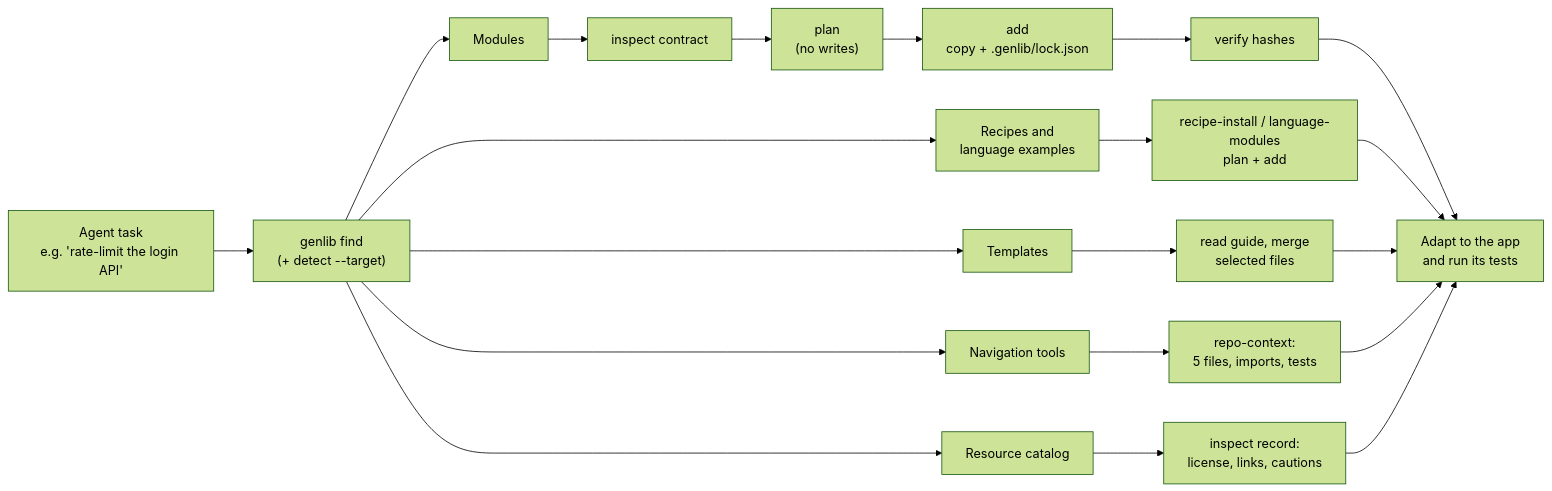
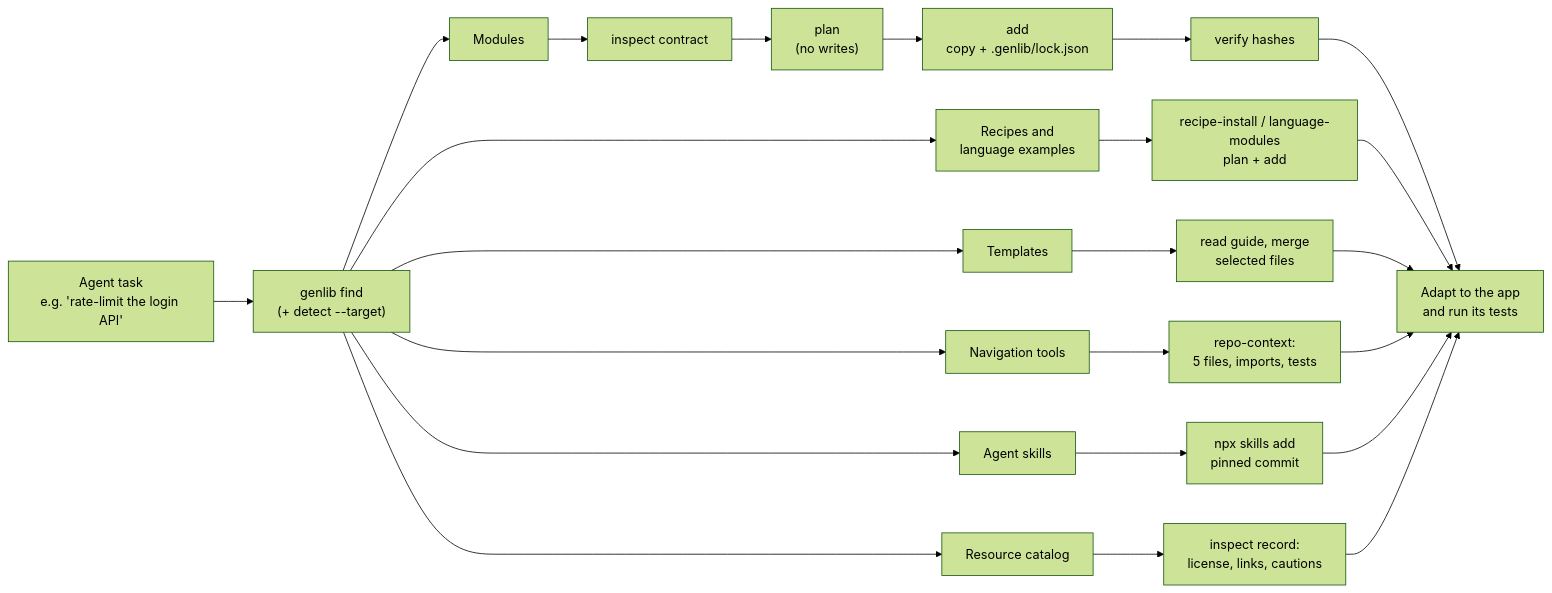
One commit to athompson83/genlib changed the diagram in README.md. Above: the diagram before and after it, drawn with Mermaid (forest theme). The commit also changed other lines of this file and 12 other files, not shown here.

First line of the commit message:
Index 500 agent skills with one-step, commit-pinned installs

````diff
--- a/README.md
+++ b/README.md
@@ -44,14 +46,16 @@
 ```mermaid
 flowchart LR
   Task["Agent task<br/>e.g. 'rate-limit the login API'"] --> Find["genlib find<br/>(+ detect --target)"]
   Find --> M["Modules"]
   Find --> R["Recipes and<br/>language examples"]
   Find --> T["Templates"]
   Find --> N["Navigation tools"]
+  Find --> S["Agent skills"]
   Find --> X["Resource catalog"]
   M --> Inspect["inspect contract"] --> Plan["plan<br/>(no writes)"] --> Add["add<br/>copy + .genlib/lock.json"] --> Verify["verify hashes"] --> App["Adapt to the app<br/>and run its tests"]
   R --> Copy["recipe-install / language-modules<br/>plan + add"] --> App
   T --> Merge["read guide, merge<br/>selected files"] --> App
   N --> Context["repo-context:<br/>5 files, imports, tests"] --> App
+  S --> SkillAdd["npx skills add<br/>pinned commit"] --> App
   X --> Adopt["inspect record:<br/>license, links, cautions"] --> App
 ```
````
